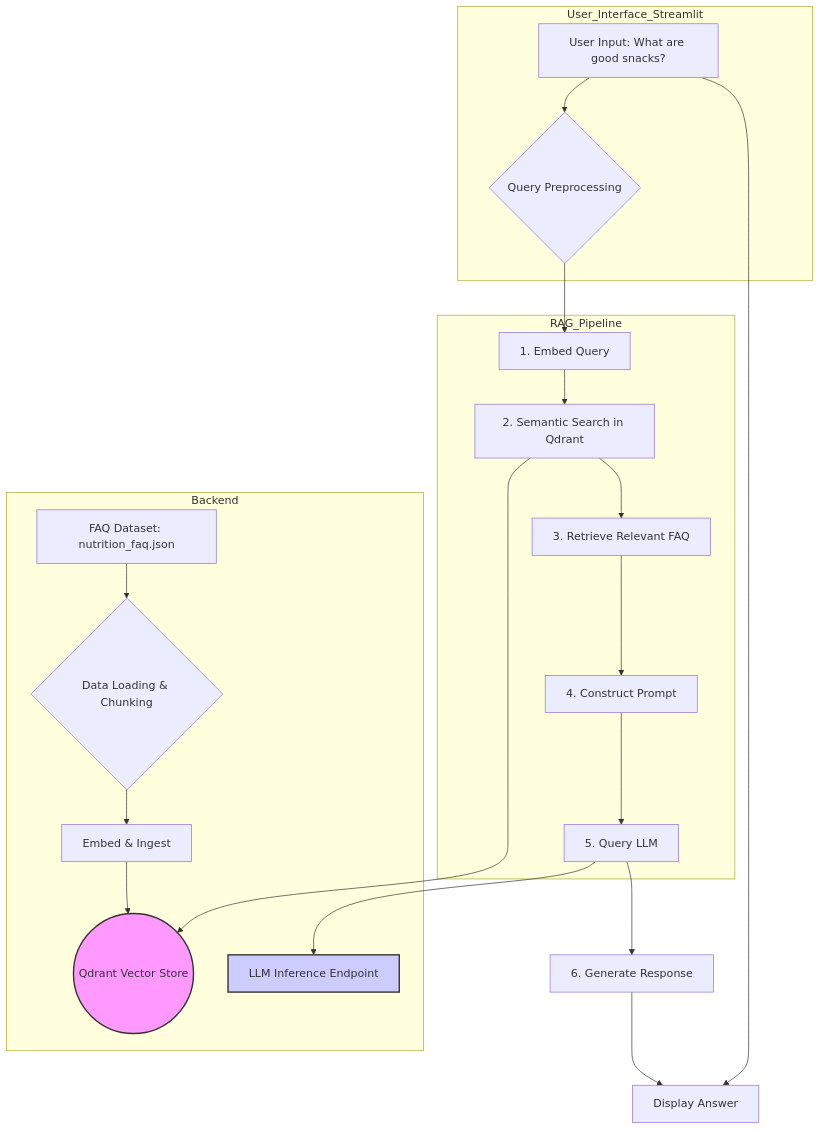
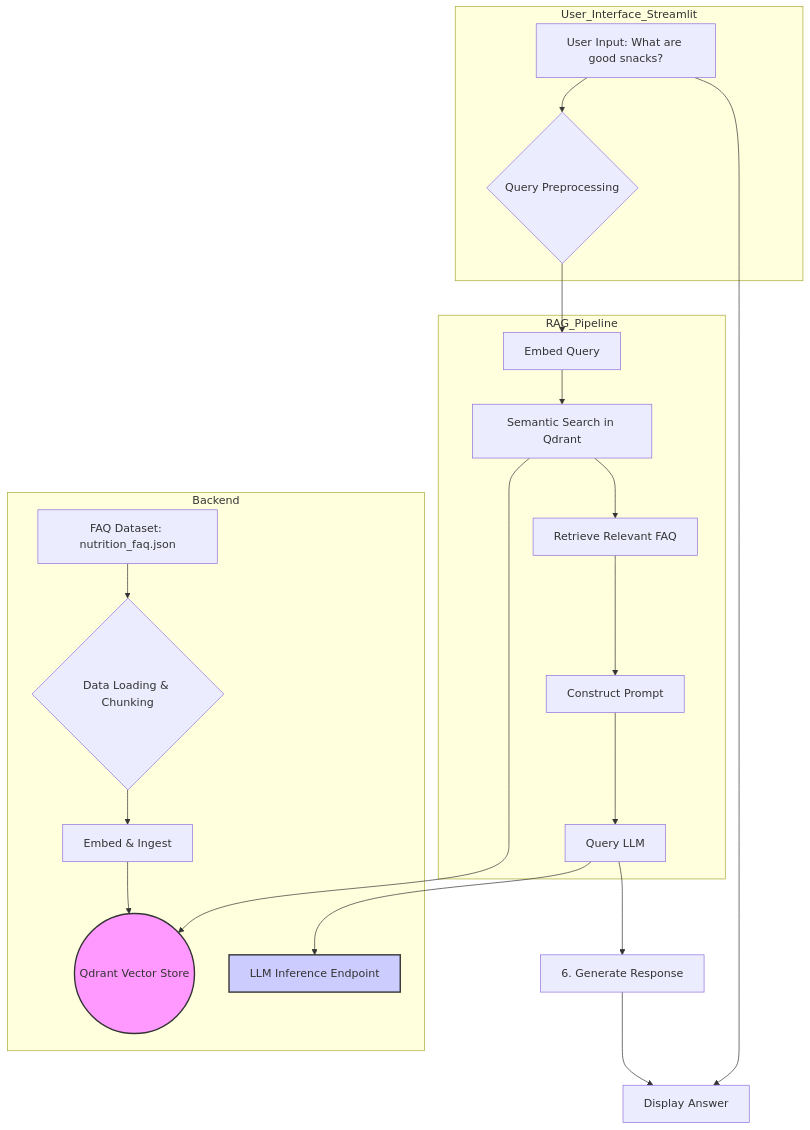
Before and after one commit to Rebell-Leader/NutriGuide-AI: the diagram in README.md, drawn with Mermaid. The commit also changed other lines of this file, not shown here.

````diff
--- a/README.md
+++ b/README.md
@@ -9,29 +10,29 @@
 ```mermaid
 graph TD
     subgraph User_Interface_Streamlit
         A[User Input: What are good snacks?] --> B{Query Preprocessing}
     end
 
     subgraph RAG_Pipeline
-        B --> C[1. Embed Query]
-        C --> D[2. Semantic Search in Qdrant]
-        D --> E[3. Retrieve Relevant FAQ]
-        E --> F[4. Construct Prompt]
-        F --> G[5. Query LLM]
+        B --> C[Embed Query]
+        C --> D[Semantic Search in Qdrant]
+        D --> E[Retrieve Relevant FAQ]
+        E --> F[Construct Prompt]
+        F --> G[Query LLM]
     end
 
     subgraph Backend
         H[FAQ Dataset: nutrition_faq.json] --> I{Data Loading & Chunking}
         I --> J[Embed & Ingest]
         J --> K((Qdrant Vector Store))
         D --> K
         G --> L[LLM Inference Endpoint]
     end
 
     G --> M[6. Generate Response]
     M --> N[Display Answer]
     A --> N
 
     style K fill:#f9f,stroke:#333,stroke-width:2px
     style L fill:#ccf,stroke:#333,stroke-width:2px
 ```
````
